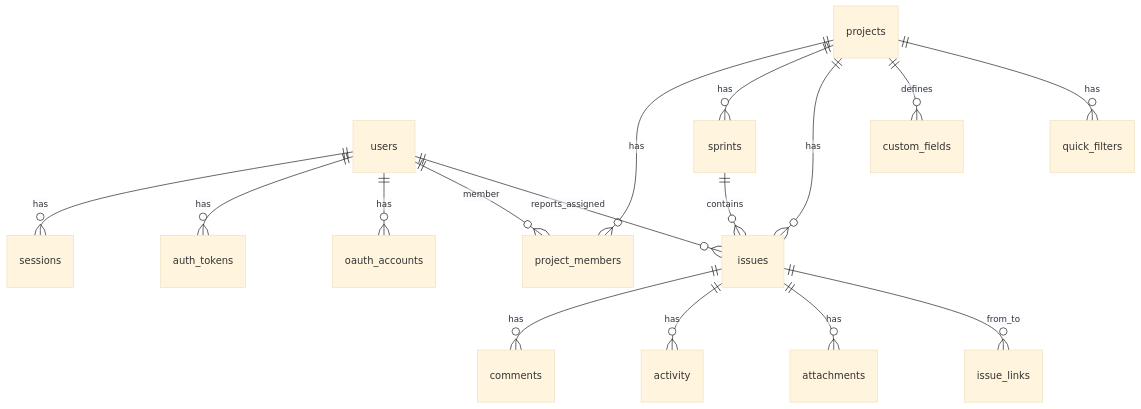
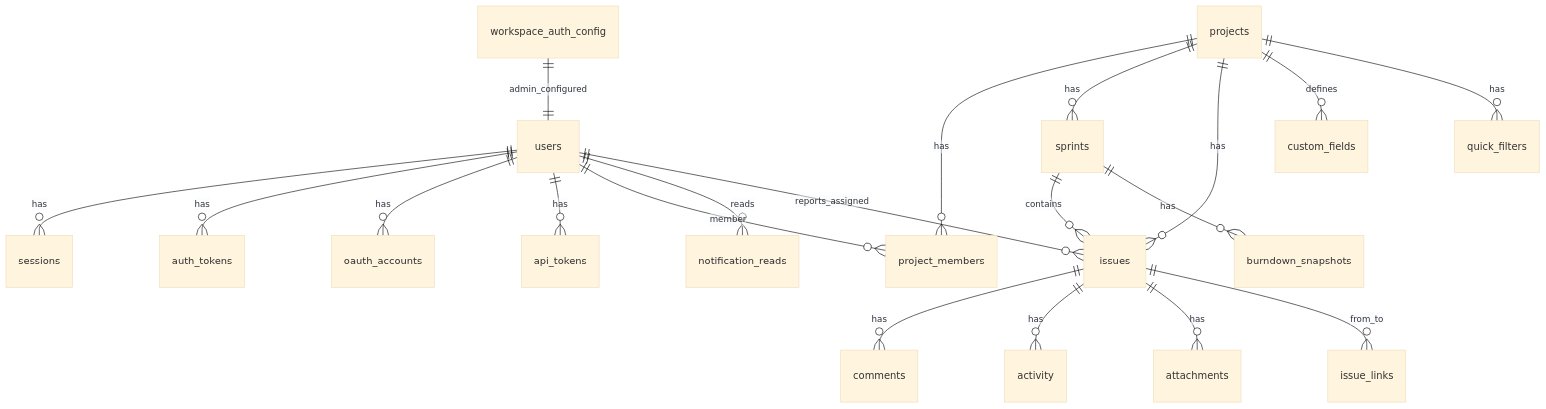
One commit to taiphan/jupiter changed the eighth of 10 diagrams in docs/ARCHITECTURE.md. Above: the diagram before and after it, drawn with Mermaid (base theme). The commit also changed other lines of this file and 8 other files, not shown here.

````diff
--- a/docs/ARCHITECTURE.md
+++ b/docs/ARCHITECTURE.md
@@ -241,18 +388,22 @@
 ```mermaid
 erDiagram
   users ||--o{ sessions : has
   users ||--o{ auth_tokens : has
   users ||--o{ oauth_accounts : has
+  users ||--o{ api_tokens : has
   users ||--o{ project_members : member
+  users ||--o{ notification_reads : reads
   projects ||--o{ project_members : has
   projects ||--o{ sprints : has
   projects ||--o{ issues : has
   projects ||--o{ custom_fields : defines
   projects ||--o{ quick_filters : has
   issues ||--o{ comments : has
   issues ||--o{ activity : has
   issues ||--o{ attachments : has
   issues ||--o{ issue_links : from_to
   sprints ||--o{ issues : contains
+  sprints ||--o{ burndown_snapshots : has
   users ||--o{ issues : reports_assigned
+  workspace_auth_config ||--|| users : admin_configured
 ```
````
